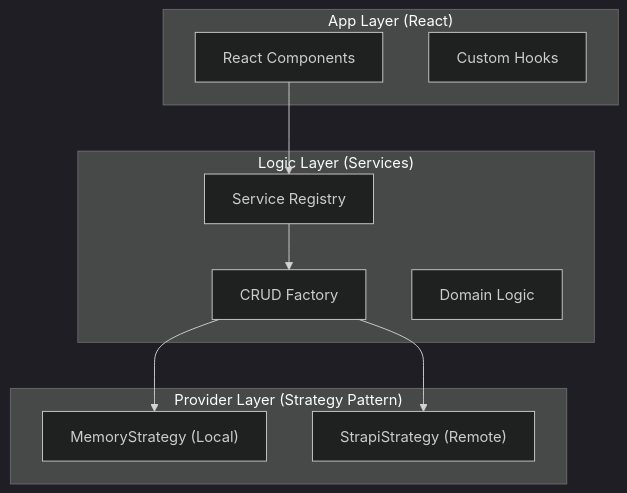
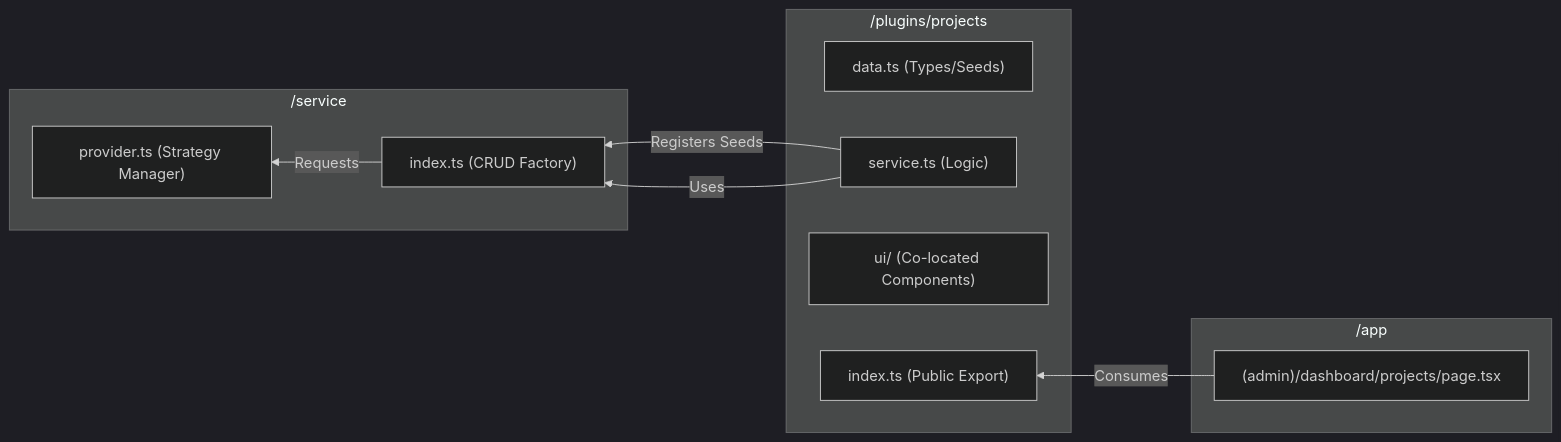
Before and after one commit to EduardoU24/AI-Template: the first of 2 diagrams in docs/data-api-architecture-diagram.md, drawn with Mermaid (dark theme). The commit also changed other lines of this file and 16 other files, not shown here.

````diff
--- a/docs/data-api-architecture-diagram.md
+++ b/docs/data-api-architecture-diagram.md
@@ -10,23 +6,23 @@
 ```mermaid
-graph TD
-    subgraph UI_Layer ["App Layer (React)"]
-        Components["React Components"]
-        Hooks["Custom Hooks"]
+graph RL
+    subgraph Plugin_Pod ["/plugins/projects"]
+        Data["data.ts (Types/Seeds)"]
+        Srv["service.ts (Logic)"]
+        UI["ui/ (Co-located Components)"]
+        Idx["index.ts (Public Export)"]
     end
 
-    subgraph Service_Layer ["Logic Layer (Services)"]
-        Registry["Service Registry"]
-        CRUD["CRUD Factory"]
-        DomainLogic["Domain Logic"]
+    subgraph Core_Services ["/service"]
+        Base["index.ts (CRUD Factory)"]
+        Provider["provider.ts (Strategy Manager)"]
     end
 
-    subgraph Strategy_Layer ["Provider Layer (Strategy Pattern)"]
-        Memory["MemoryStrategy (Local)"]
-        Strapi["StrapiStrategy (Remote)"]
+    subgraph App_Router ["/app"]
+        Page["(admin)/dashboard/projects/page.tsx"]
     end
 
-    Components --> Registry
-    Registry --> CRUD
-    CRUD --> Memory
-    CRUD --> Strapi
+    Srv -- "Registers Seeds" --> Base
+    Page -- "Consumes" --> Idx
+    Srv -- "Uses" --> Base
+    Base -- "Requests" --> Provider
 ```
````
